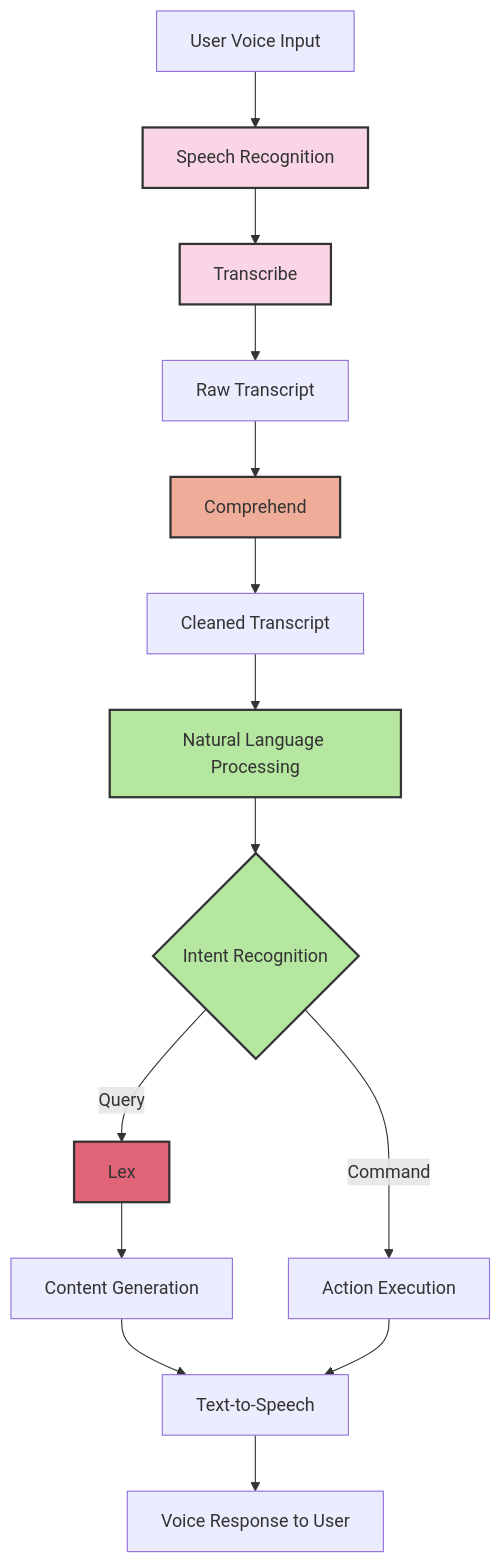
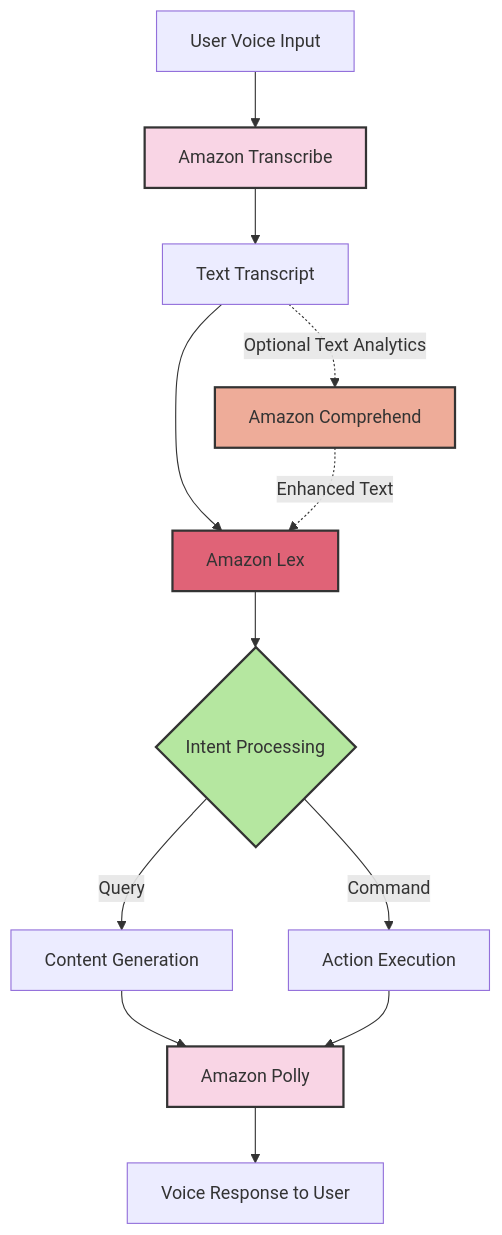
The first of 2 diagrams in software-development/aws/ai-analytics-big-data-ml/ai/transcribe-polly-lex.md (puglieseweb/puglieseweb.com), drawn with Mermaid before and after one commit.

Commit message:
GITBOOK-437: No subject

````diff
--- a/software-development/aws/ai-analytics-big-data-ml/ai/transcribe-polly-lex.md
+++ b/software-development/aws/ai-analytics-big-data-ml/ai/transcribe-polly-lex.md
@@ -102,23 +102,22 @@
 ```mermaid
 graph TD
-    A[User Voice Input] --> B[Speech Recognition]
-    B --> C[Transcribe]
-    C --> D[Raw Transcript]
-    D --> E[Comprehend]
-    E --> F[Cleaned Transcript]
-    F --> G[Natural Language Processing]
-    G --> H{Intent Recognition}
-    H --> |Query| I[Lex]
-    I --> J[Content Generation]
-    H --> |Command| K[Action Execution]
-    J --> L[Text-to-Speech]
-    K --> L
-    L --> M[Voice Response to User]
+    A[User Voice Input] --> B[Amazon Transcribe]
+    B --> C[Text Transcript]
+    C --> D[Amazon Lex]
+    D --> E{Intent Processing}
+    E -->|Query| F[Content Generation]
+    E -->|Command| G[Action Execution]
+    F --> H[Amazon Polly]
+    G --> H
+    H --> I[Voice Response to User]
+
+    %% Optional Comprehend Integration
+    C -.->|Optional Text Analytics| J[Amazon Comprehend]
+    J -.->|Enhanced Text| D
 
     style B fill:#f9d5e5,stroke:#333,stroke-width:2px
-    style C fill:#f9d5e5,stroke:#333,stroke-width:2px
-    style E fill:#eeac99,stroke:#333,stroke-width:2px
-    style I fill:#e06377,stroke:#333,stroke-width:2px
-    style G fill:#b5e7a0,stroke:#333,stroke-width:2px
-    style H fill:#b5e7a0,stroke:#333,stroke-width:2px
+    style D fill:#e06377,stroke:#333,stroke-width:2px
+    style E fill:#b5e7a0,stroke:#333,stroke-width:2px
+    style H fill:#f9d5e5,stroke:#333,stroke-width:2px
+    style J fill:#eeac99,stroke:#333,stroke-width:2px
 ```
````
